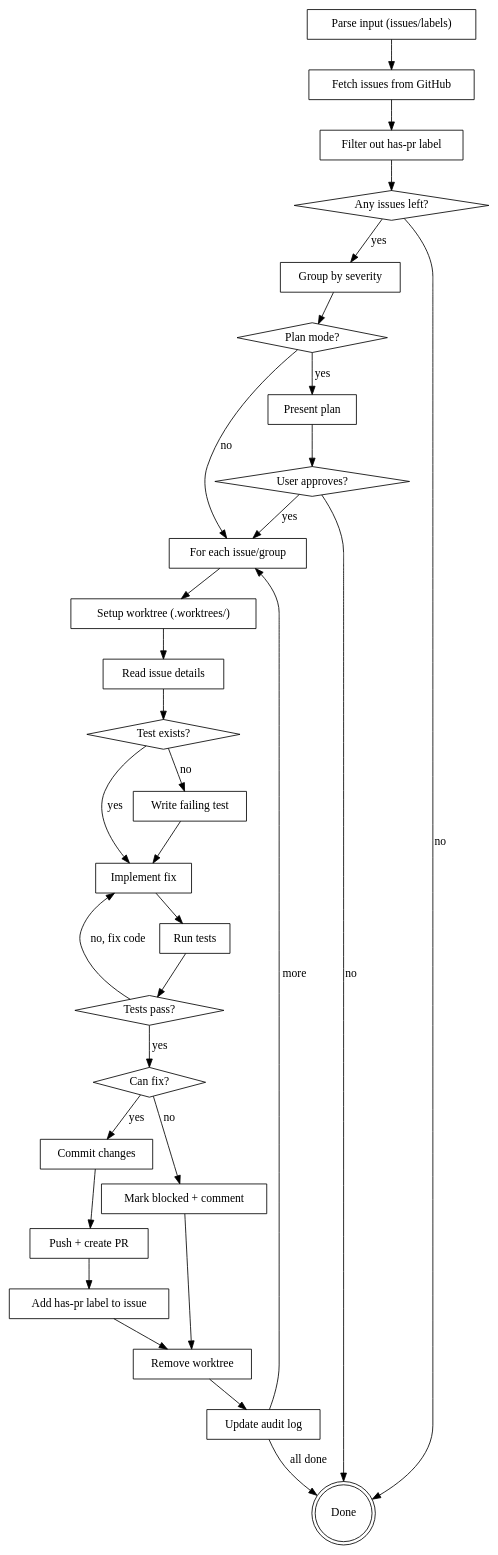
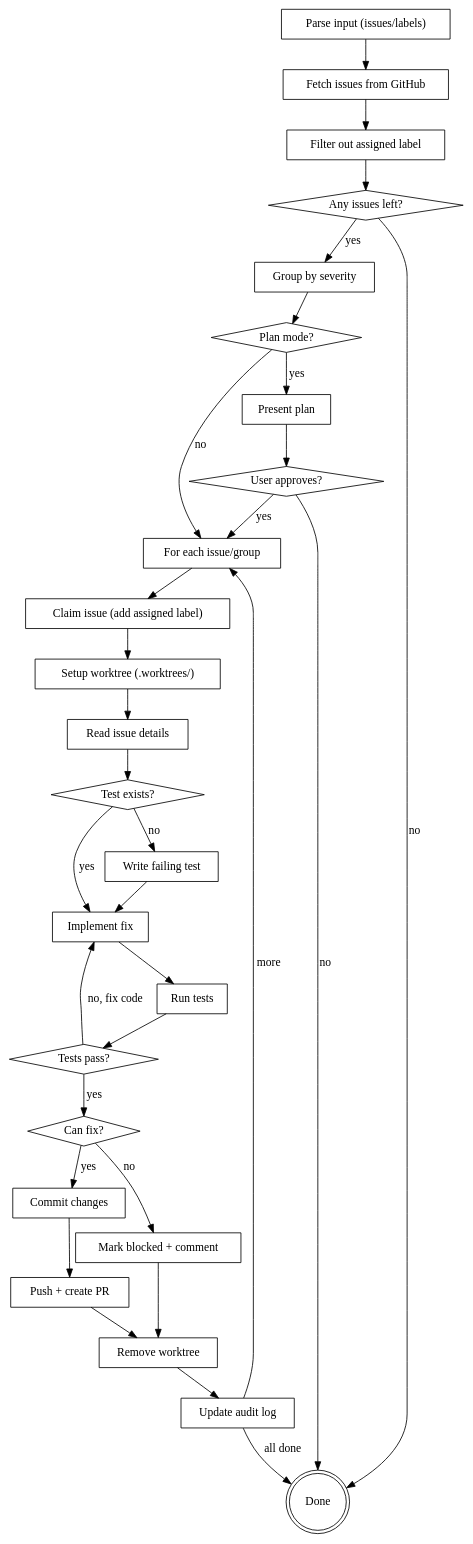
One commit to satriachandrayw/claude-plugin-marketplaces changed the diagram in bug-fixer/skills/bug-fixer/SKILL.md. Above: the diagram before and after it, drawn with Graphviz. The commit also changed other lines of this file and 1 other file, not shown here.

Commit message:
feat: add flow claim first on bug-fixer

````diff
--- a/bug-fixer/skills/bug-fixer/SKILL.md
+++ b/bug-fixer/skills/bug-fixer/SKILL.md
@@ -753,61 +795,61 @@
 ```dot
 digraph bug_fixer {
     rankdir=TB;
 
     "Parse input (issues/labels)" [shape=box];
     "Fetch issues from GitHub" [shape=box];
-    "Filter out has-pr label" [shape=box];
+    "Filter out assigned label" [shape=box];
     "Any issues left?" [shape=diamond];
     "Group by severity" [shape=box];
     "Plan mode?" [shape=diamond];
     "Present plan" [shape=box];
     "User approves?" [shape=diamond];
     "For each issue/group" [shape=box];
+    "Claim issue (add assigned label)" [shape=box];
     "Setup worktree (.worktrees/)" [shape=box];
     "Read issue details" [shape=box];
     "Test exists?" [shape=diamond];
     "Write failing test" [shape=box];
     "Implement fix" [shape=box];
     "Run tests" [shape=box];
     "Tests pass?" [shape=diamond];
     "Can fix?" [shape=diamond];
     "Mark blocked + comment" [shape=box];
     "Commit changes" [shape=box];
     "Push + create PR" [shape=box];
-    "Add has-pr label to issue" [shape=box];
     "Remove worktree" [shape=box];
     "Update audit log" [shape=box];
     "Done" [shape=doublecircle];
 
     "Parse input (issues/labels)" -> "Fetch issues from GitHub";
-    "Fetch issues from GitHub" -> "Filter out has-pr label";
-    "Filter out has-pr label" -> "Any issues left?";
+    "Fetch issues from GitHub" -> "Filter out assigned label";
+    "Filter out assigned label" -> "Any issues left?";
     "Any issues left?" -> "Done" [label="no"];
     "Any issues left?" -> "Group by severity" [label="yes"];
     "Group by severity" -> "Plan mode?";
     "Plan mode?" -> "Present plan" [label="yes"];
     "Plan mode?" -> "For each issue/group" [label="no"];
     "Present plan" -> "User approves?";
     "User approves?" -> "For each issue/group" [label="yes"];
     "User approves?" -> "Done" [label="no"];
-    "For each issue/group" -> "Setup worktree (.worktrees/)";
+    "For each issue/group" -> "Claim issue (add assigned label)";
+    "Claim issue (add assigned label)" -> "Setup worktree (.worktrees/)";
     "Setup worktree (.worktrees/)" -> "Read issue details";
     "Read issue details" -> "Test exists?";
     "Test exists?" -> "Write failing test" [label="no"];
     "Test exists?" -> "Implement fix" [label="yes"];
     "Write failing test" -> "Implement fix";
     "Implement fix" -> "Run tests";
     "Run tests" -> "Tests pass?";
     "Tests pass?" -> "Can fix?" [label="yes"];
     "Tests pass?" -> "Implement fix" [label="no, fix code"];
     "Can fix?" -> "Mark blocked + comment" [label="no"];
     "Can fix?" -> "Commit changes" [label="yes"];
     "Commit changes" -> "Push + create PR";
-    "Push + create PR" -> "Add has-pr label to issue";
-    "Add has-pr label to issue" -> "Remove worktree";
+    "Push + create PR" -> "Remove worktree";
     "Remove worktree" -> "Update audit log";
     "Mark blocked + comment" -> "Remove worktree";
     "Update audit log" -> "For each issue/group" [label="more"];
     "Update audit log" -> "Done" [label="all done"];
 }
 ```
````
